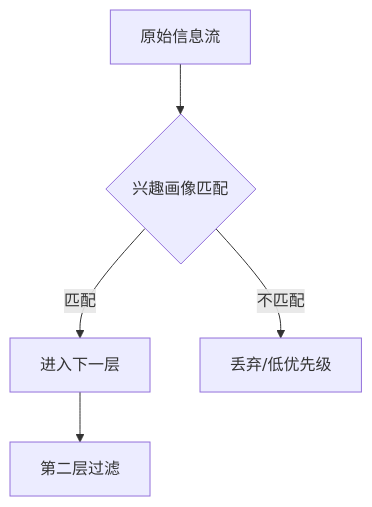
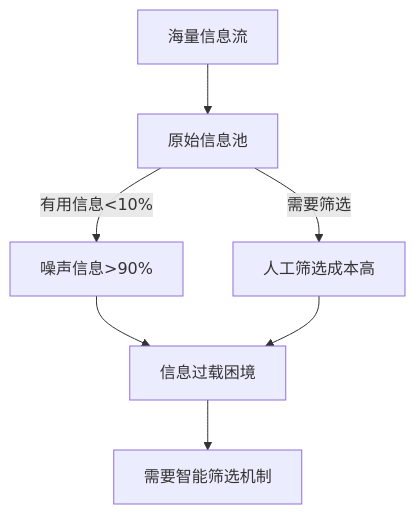
One commit to Succh/MiClaw-AI-Blog changed the first of 4 diagrams in docs/专题-信息过载的智能筛选.md. Above: the diagram before and after it, drawn with Mermaid. The commit also changed other lines of this file, not shown here.

Commit message:
添加5个Mermaid图表：信息过载问题、三层过滤总览、实战价值评估、时效性稀缺性判断

````diff
--- a/docs/专题-信息过载的智能筛选.md
+++ b/docs/专题-信息过载的智能筛选.md
@@ -25,7 +9,9 @@
 ```mermaid
 graph TD
-    A[原始信息流] --> B{兴趣画像匹配}
-    B -->|匹配| C[进入下一层]
-    B -->|不匹配| D[丢弃/低优先级]
-    C --> E[第二层过滤]
+    A[海量信息流] --> B[原始信息池]
+    B -->|有用信息<10%| C[噪声信息>90%]
+    B -->|需要筛选| D[人工筛选成本高]
+    C --> E[信息过载困境]
+    D --> E
+    E --> F[需要智能筛选机制]
 ```
````
